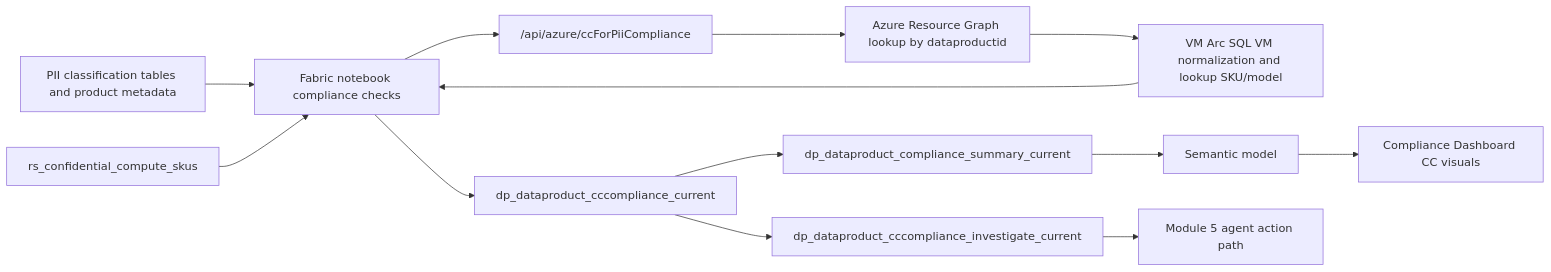
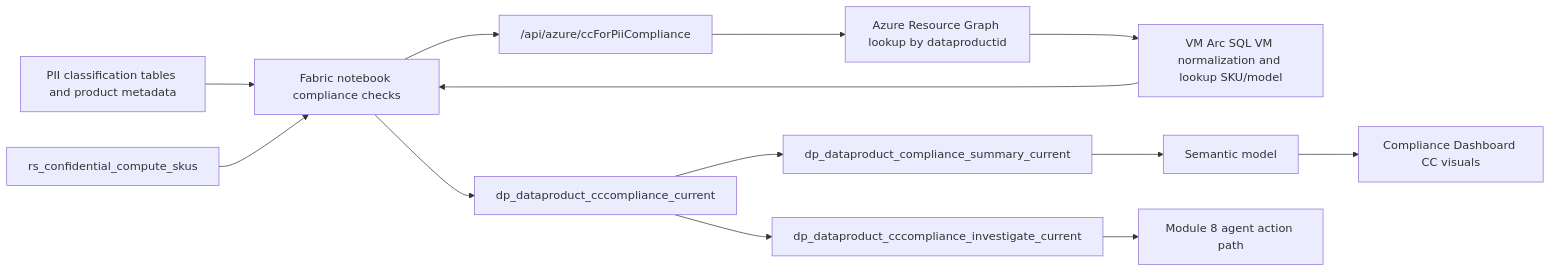
The diagram in solution-modules/solution-module-3-dashboard-hydration-cc-pii/README.md (moazmirza/data-sov-and-hyb-cloud), drawn with Mermaid before and after one commit. The commit also changed other lines of this file and 11 other files, not shown here.

````diff
--- a/solution-modules/solution-module-3-dashboard-hydration-cc-pii/README.md
+++ b/solution-modules/solution-module-3-dashboard-hydration-cc-pii/README.md
@@ -11,15 +11,15 @@
 ```mermaid
 flowchart LR
     GOLD[PII classification tables and product metadata] --> NB[Fabric notebook compliance checks]
     SKU[rs_confidential_compute_skus] --> NB
     NB --> API["/api/azure/ccForPiiCompliance"]
     API --> ARG[Azure Resource Graph lookup by dataproductid]
     ARG --> VM[VM Arc SQL VM normalization and lookup SKU/model]
     VM --> NB
     NB --> CURR[dp_dataproduct_cccompliance_current]
     CURR --> INV[dp_dataproduct_cccompliance_investigate_current]
     CURR --> SUMM[dp_dataproduct_compliance_summary_current]
     SUMM --> SEM[Semantic model]
     SEM --> PBI[Compliance Dashboard CC visuals]
-    INV --> M5[Module 5 agent action path]
+    INV --> M8[Module 8 agent action path]
 ```
````
